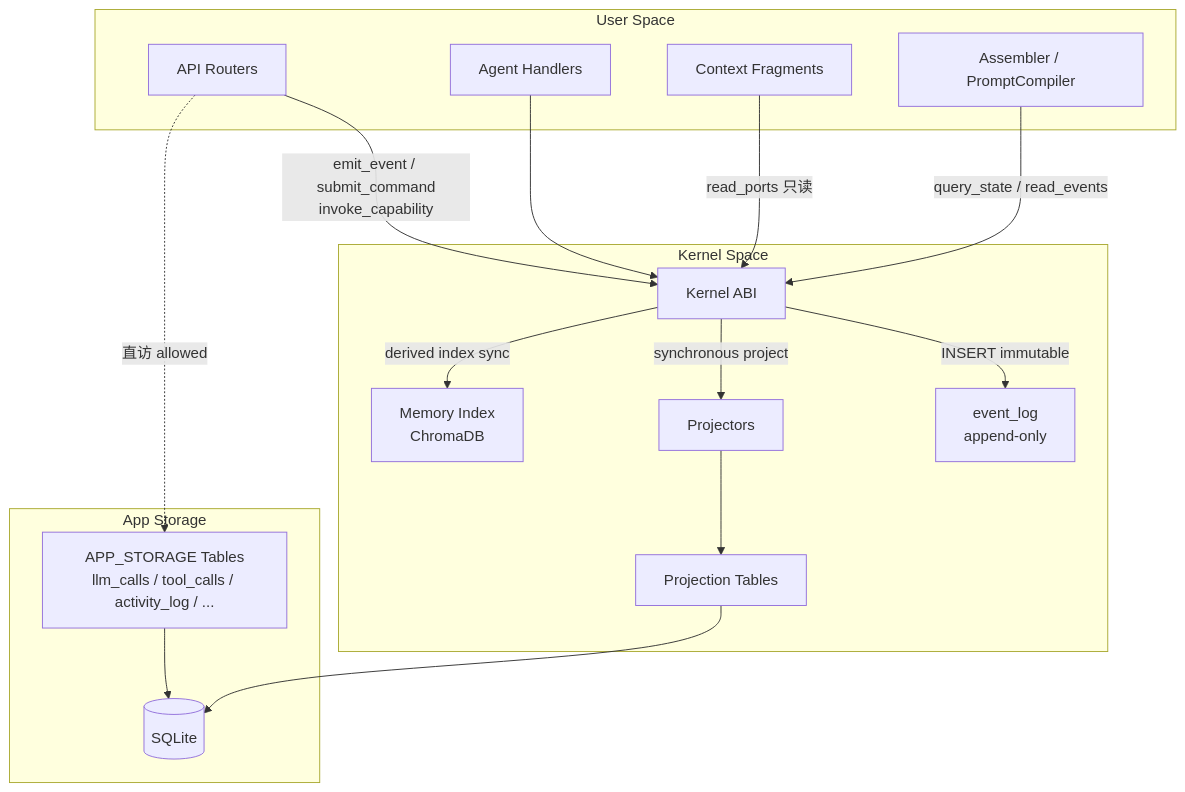
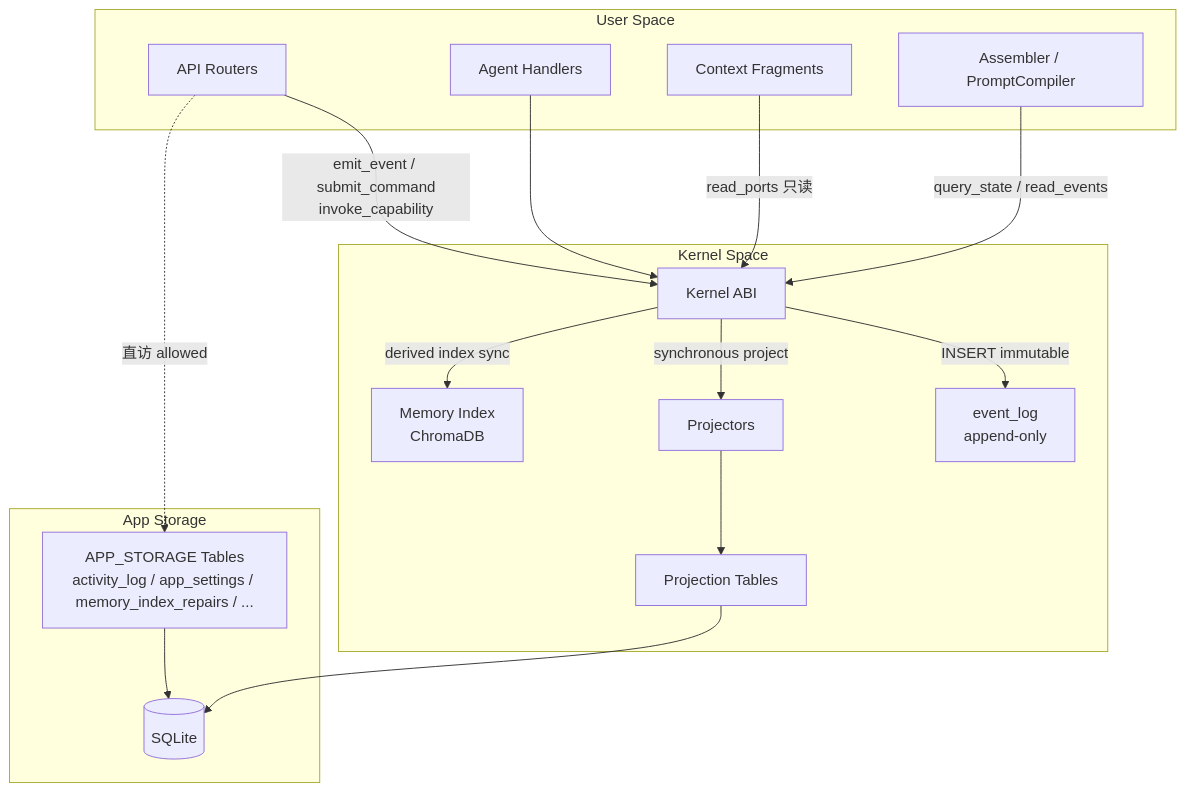
Before and after one commit to yyyyyyyy/personal-ai-runtime: the first of 3 diagrams in docs/01-overview/architecture.md, drawn with Mermaid. The commit also changed 31 other files, not shown here.

````diff
--- a/docs/01-overview/architecture.md
+++ b/docs/01-overview/architecture.md
@@ -15,36 +15,36 @@
 ```mermaid
 flowchart TB
     subgraph UserSpace[User Space]
         Routers[API Routers]
         Handlers[Agent Handlers]
         Fragments[Context Fragments]
         API[Assembler / PromptCompiler]
     end
 
     subgraph KernelSpace[Kernel Space]
         ABI[Kernel ABI]
         EL[event_log<br/>append-only]
         Proj[Projectors]
         Gov[Projection Tables]
         Mem[Memory Index<br/>ChromaDB]
     end
 
     subgraph AppStorage[App Storage]
-        App[APP_STORAGE Tables<br/>llm_calls / tool_calls / activity_log / ...]
+        App[APP_STORAGE Tables<br/>activity_log / app_settings / memory_index_repairs / ...]
         DB[(SQLite)]
     end
 
     Routers -->|emit_event / submit_command<br/>invoke_capability| ABI
     Handlers --> ABI
     Fragments -->|read_ports 只读| ABI
     API -->|query_state / read_events| ABI
 
     ABI -->|INSERT immutable| EL
     ABI -->|synchronous project| Proj
     Proj --> Gov
     ABI -->|derived index sync| Mem
     Gov --> DB
 
     Routers -.->|直访 allowed| App
     App --> DB
 ```
````
